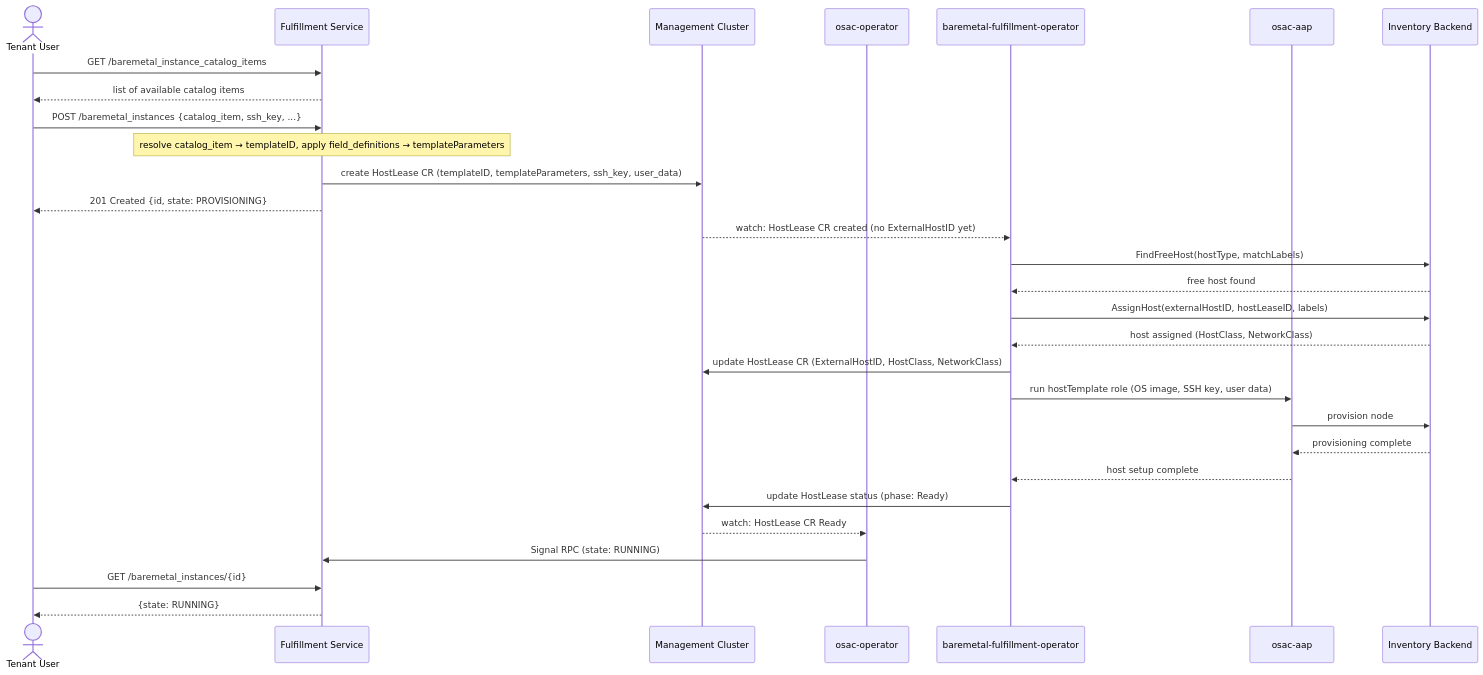
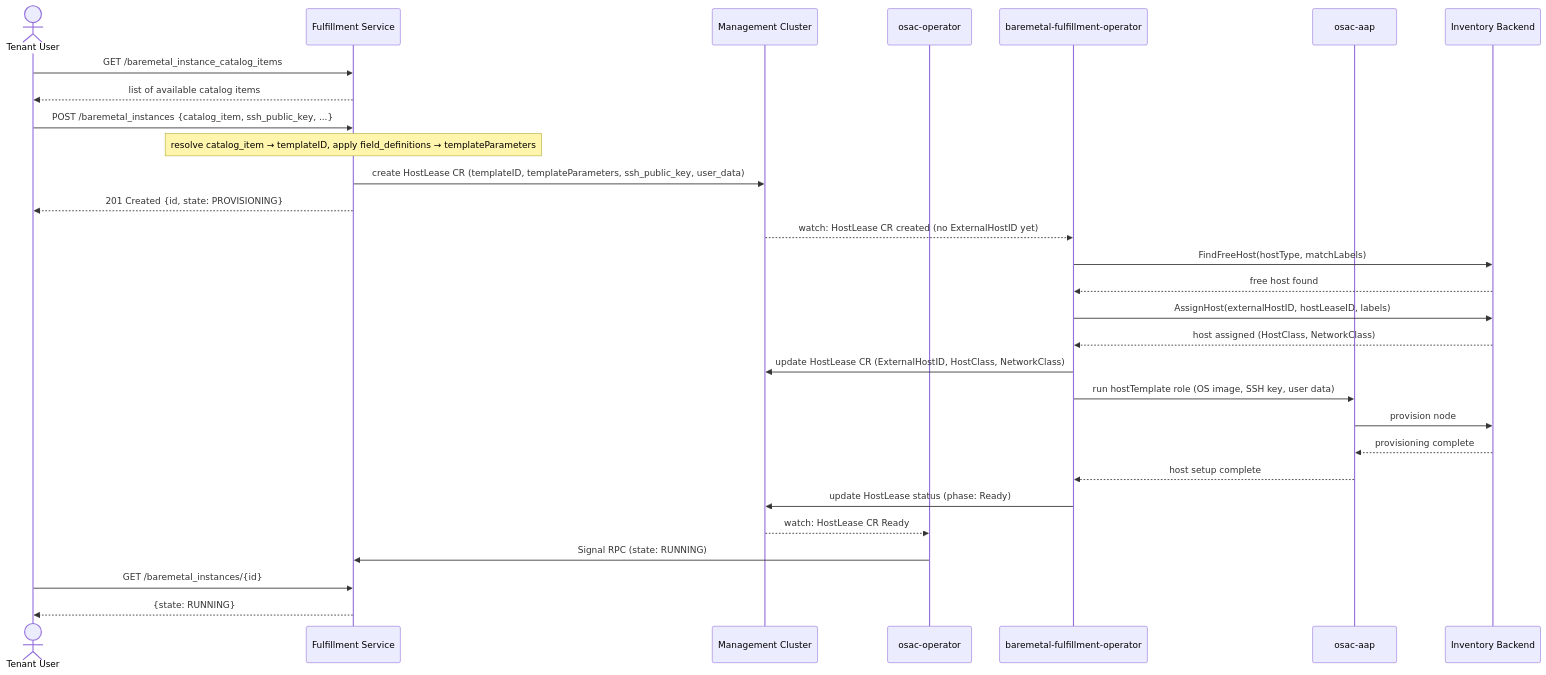
One commit to osac-project/enhancement-proposals changed the diagram in enhancements/baremetal-instance-api/README.md. Above: the diagram before and after it, drawn with Mermaid. The commit also changed other lines of this file, not shown here.

Commit message:
OSAC-1550: rename ssh_key to ssh_public_key in BareMetalInstance EP (#68)

````diff
--- a/enhancements/baremetal-instance-api/README.md
+++ b/enhancements/baremetal-instance-api/README.md
@@ -116,36 +116,36 @@
 ```mermaid
 sequenceDiagram
     actor TU as Tenant User
     participant FS as Fulfillment Service
     participant MC as Management Cluster
     participant OP as osac-operator
     participant BMF as baremetal-fulfillment-operator
     participant AAP as osac-aap
     participant INV as Inventory Backend
 
     TU->>FS: GET /baremetal_instance_catalog_items
     FS-->>TU: list of available catalog items
 
-    TU->>FS: POST /baremetal_instances {catalog_item, ssh_key, ...}
+    TU->>FS: POST /baremetal_instances {catalog_item, ssh_public_key, ...}
     Note over FS: resolve catalog_item → templateID, apply field_definitions → templateParameters
-    FS->>MC: create HostLease CR (templateID, templateParameters, ssh_key, user_data)
+    FS->>MC: create HostLease CR (templateID, templateParameters, ssh_public_key, user_data)
     FS-->>TU: 201 Created {id, state: PROVISIONING}
 
     MC-->>BMF: watch: HostLease CR created (no ExternalHostID yet)
     BMF->>INV: FindFreeHost(hostType, matchLabels)
     INV-->>BMF: free host found
     BMF->>INV: AssignHost(externalHostID, hostLeaseID, labels)
     INV-->>BMF: host assigned (HostClass, NetworkClass)
     BMF->>MC: update HostLease CR (ExternalHostID, HostClass, NetworkClass)
     BMF->>AAP: run hostTemplate role (OS image, SSH key, user data)
     AAP->>INV: provision node
     INV-->>AAP: provisioning complete
     AAP-->>BMF: host setup complete
     BMF->>MC: update HostLease status (phase: Ready)
 
     MC-->>OP: watch: HostLease CR Ready
     OP->>FS: Signal RPC (state: RUNNING)
 
     TU->>FS: GET /baremetal_instances/{id}
     FS-->>TU: {state: RUNNING}
 ```
````
